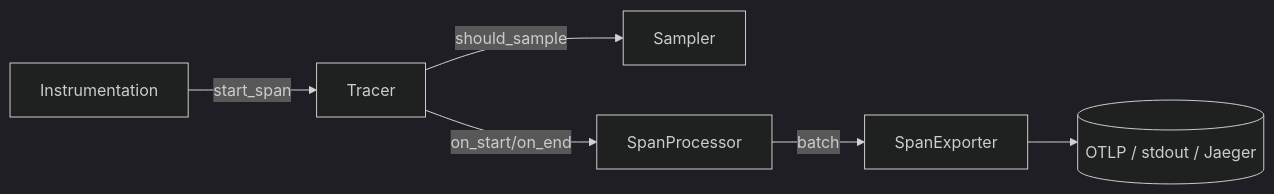
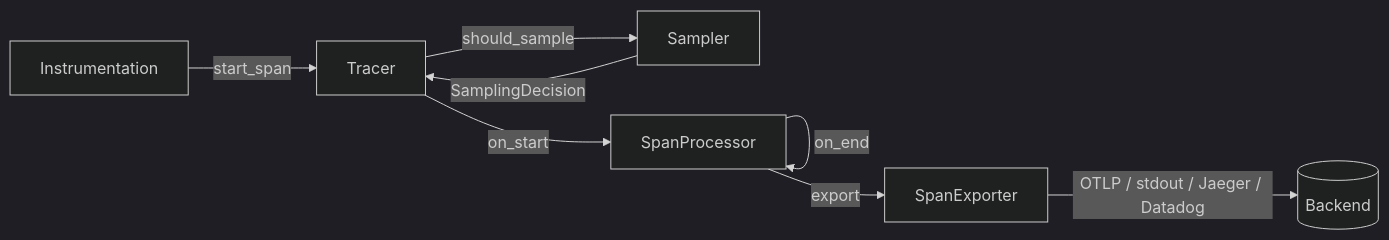
The diagram in docs/stdlib/tracing.md (verum-lang/website), drawn with Mermaid (dark theme) before and after one commit. The commit also changed other lines of this file, not shown here.

````diff
--- a/docs/stdlib/tracing.md
+++ b/docs/stdlib/tracing.md
@@ -32,8 +41,10 @@
 ```mermaid
 flowchart LR
     I[Instrumentation] -->|start_span| T[Tracer]
     T -->|should_sample| S[Sampler]
-    T -->|on_start/on_end| P[SpanProcessor]
-    P -->|batch| E[SpanExporter]
-    E --> Back[(OTLP / stdout / Jaeger)]
+    S -->|SamplingDecision| T
+    T -->|on_start| P[SpanProcessor]
+    P -->|on_end| P
+    P -->|export| E[SpanExporter]
+    E -->|OTLP / stdout / Jaeger / Datadog| Back[(Backend)]
 ```
````
